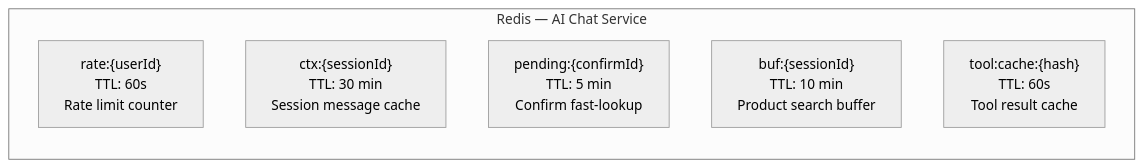
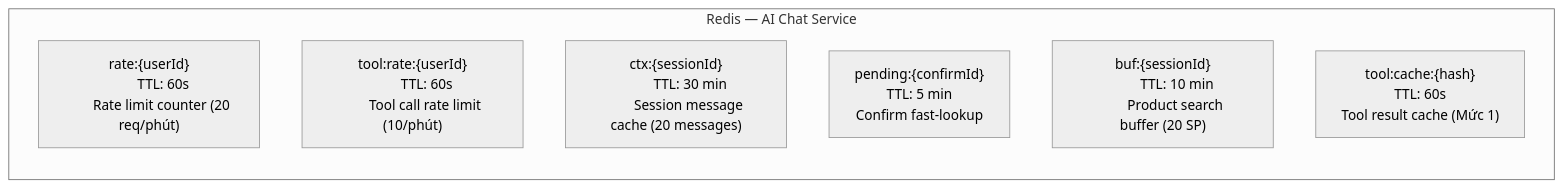
Before and after one commit to ldqanh1408/stealing-from-paradise: the tenth of 10 diagrams in docs/architecture/diagrams/01_erd_compact.md, drawn with Mermaid (neutral theme). The commit also changed other lines of this file and 21 other files, not shown here.

````diff
--- a/docs/architecture/diagrams/01_erd_compact.md
+++ b/docs/architecture/diagrams/01_erd_compact.md
@@ -391,20 +511,23 @@
 ```mermaid
 flowchart LR
     subgraph "Redis — AI Chat Service"
         RC1["rate:{userId}
         TTL: 60s
-        Rate limit counter"]
-        RC2["ctx:{sessionId}
+        Rate limit counter (20 req/phút)"]
+        RC2["tool:rate:{userId}
+        TTL: 60s
+        Tool call rate limit (10/phút)"]
+        RC3["ctx:{sessionId}
         TTL: 30 min
-        Session message cache"]
-        RC3["pending:{confirmId}
+        Session message cache (20 messages)"]
+        RC4["pending:{confirmId}
         TTL: 5 min
         Confirm fast-lookup"]
-        RC4["buf:{sessionId}
+        RC5["buf:{sessionId}
         TTL: 10 min
-        Product search buffer"]
-        RC5["tool:cache:{hash}
+        Product search buffer (20 SP)"]
+        RC6["tool:cache:{hash}
         TTL: 60s
-        Tool result cache"]
+        Tool result cache (Mức 1)"]
     end
 ```
````
